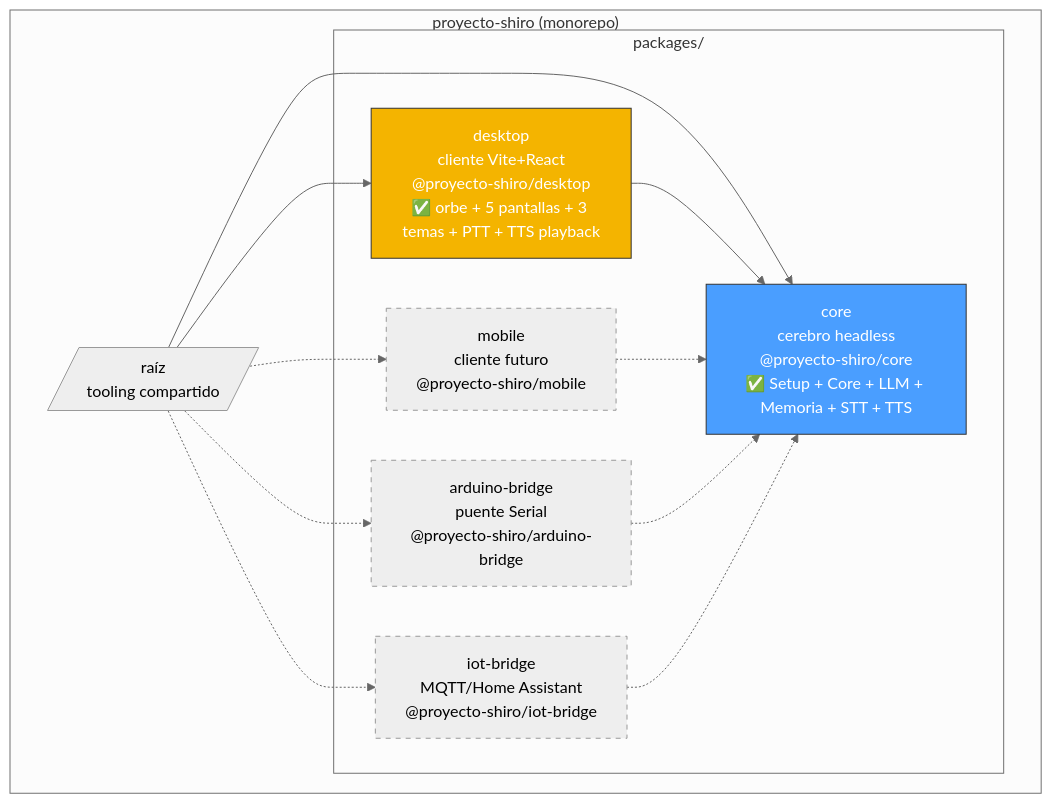
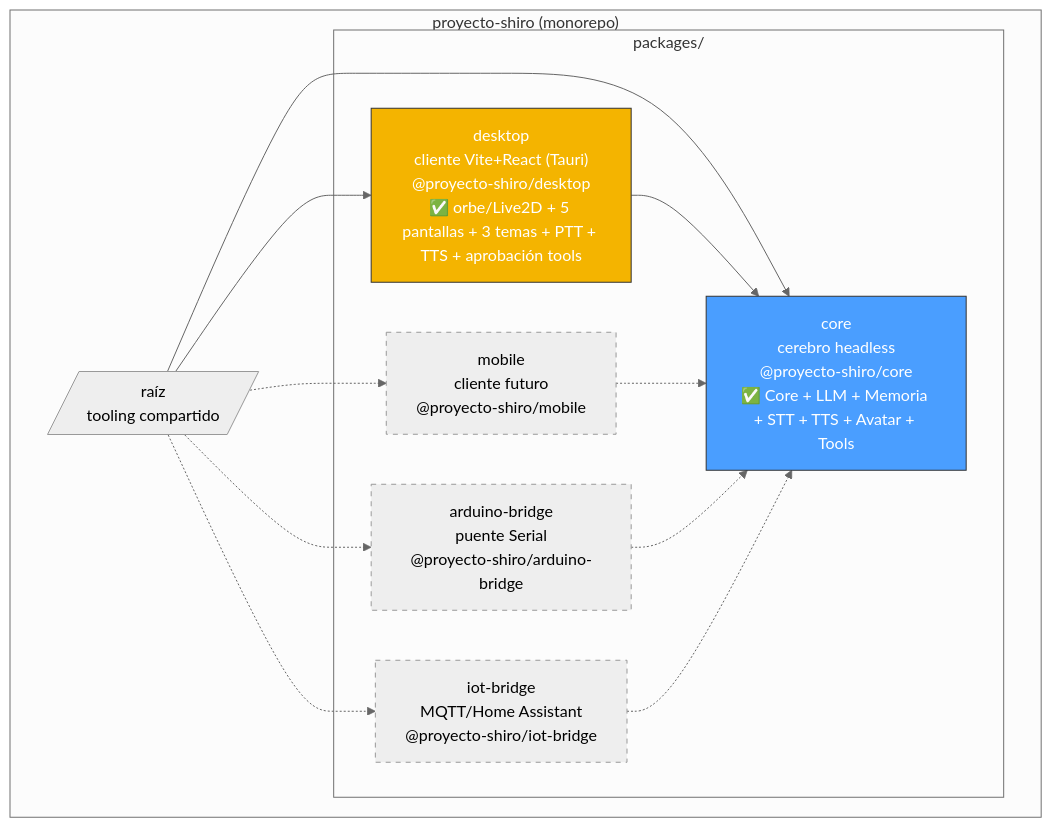
One commit to Pipelol0723/proyecto-shiro changed the first of 10 diagrams in docs/architecture.md. Above: the diagram before and after it, drawn with Mermaid (neutral theme). The commit also changed other lines of this file and 8 other files, not shown here.

````diff
--- a/docs/architecture.md
+++ b/docs/architecture.md
@@ -33,31 +42,31 @@
 ```mermaid
 graph TB
     subgraph "proyecto-shiro (monorepo)"
         Root[/"raíz<br>tooling compartido"/]
 
         subgraph "packages/"
-            Core["core<br>cerebro headless<br>@proyecto-shiro/core<br>✅ Setup + Core + LLM + Memoria + STT + TTS"]
-            Desktop["desktop<br>cliente Vite+React<br>@proyecto-shiro/desktop<br>✅ orbe + 5 pantallas + 3 temas + PTT + TTS playback"]
+            Core["core<br>cerebro headless<br>@proyecto-shiro/core<br>✅ Core + LLM + Memoria + STT + TTS + Avatar + Tools"]
+            Desktop["desktop<br>cliente Vite+React (Tauri)<br>@proyecto-shiro/desktop<br>✅ orbe/Live2D + 5 pantallas + 3 temas + PTT + TTS + aprobación tools"]
             Mobile["mobile<br>cliente futuro<br>@proyecto-shiro/mobile"]
             Arduino["arduino-bridge<br>puente Serial<br>@proyecto-shiro/arduino-bridge"]
             IoT["iot-bridge<br>MQTT/Home Assistant<br>@proyecto-shiro/iot-bridge"]
         end
 
         Root --> Core
         Root --> Desktop
         Root -.-> Mobile
         Root -.-> Arduino
         Root -.-> IoT
 
         Desktop --> Core
         Mobile -.-> Core
         Arduino -.-> Core
         IoT -.-> Core
     end
 
     style Core fill:#4a9eff,stroke:#333,color:#fff
     style Desktop fill:#f4b400,stroke:#333,color:#fff
     style Mobile stroke-dasharray: 5 5
     style Arduino stroke-dasharray: 5 5
     style IoT stroke-dasharray: 5 5
 ```
````
